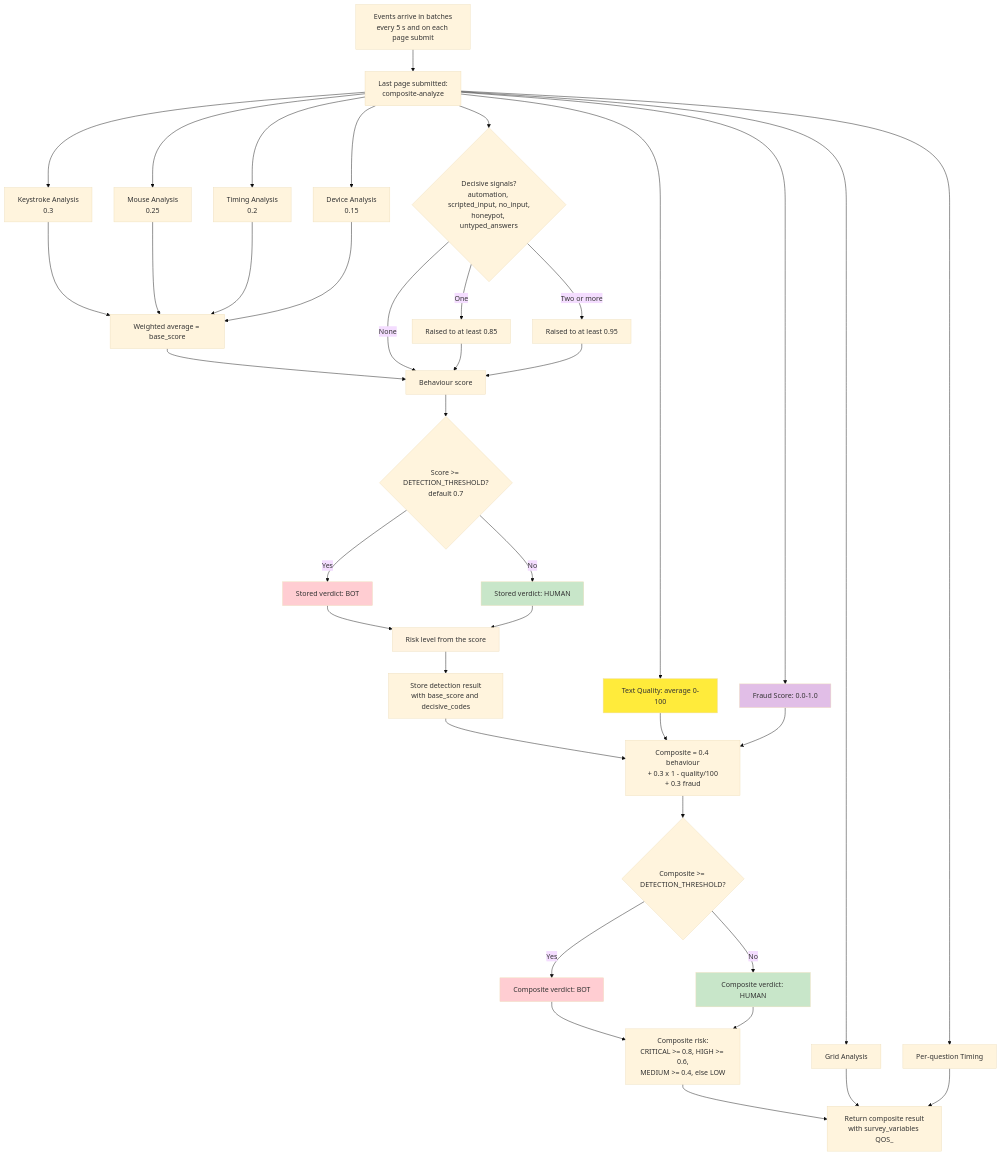
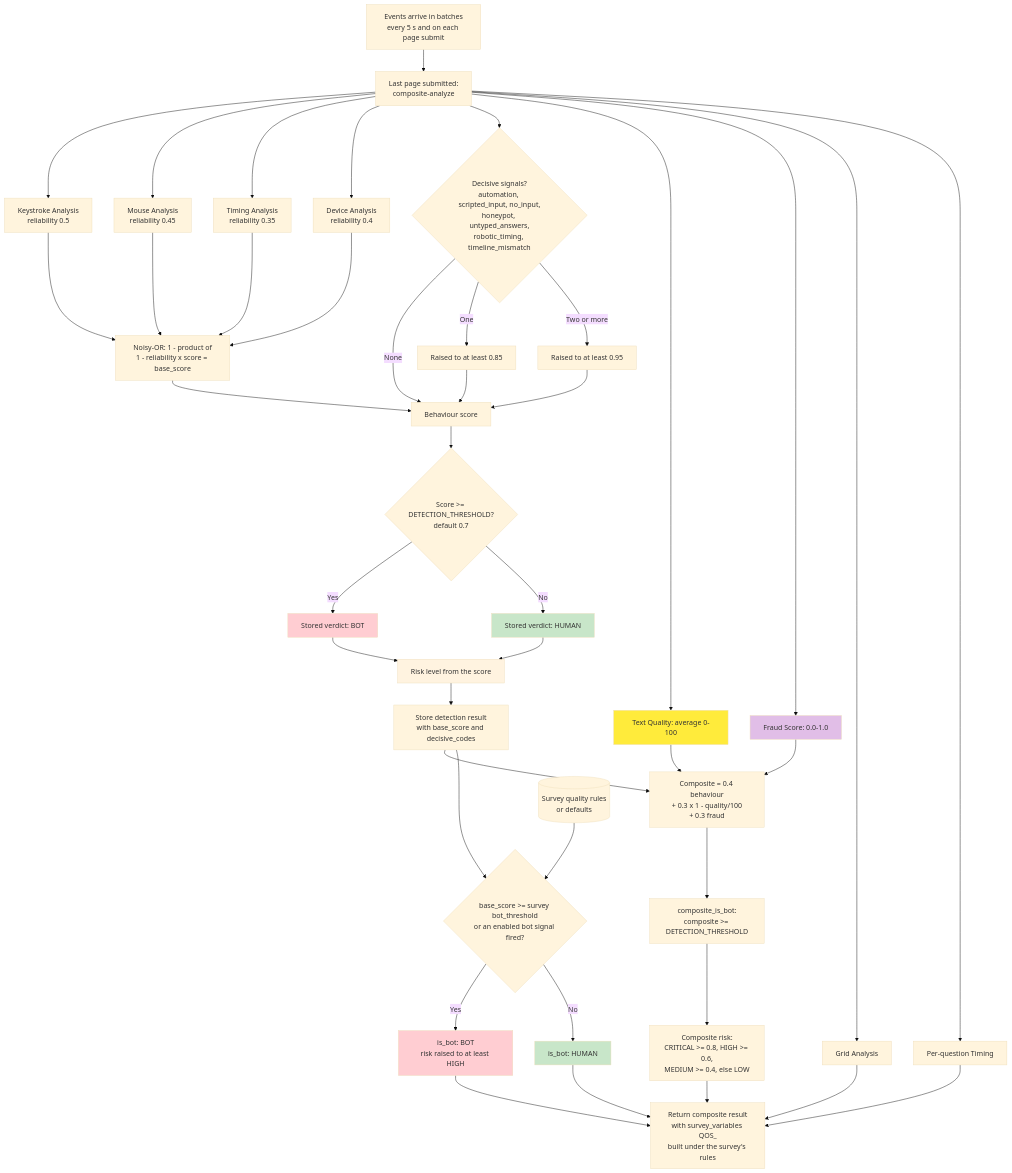
One commit to halderavik/bot_detection_live changed the sixth of 15 diagrams in bot_detection_flow.md. Above: the diagram before and after it, drawn with Mermaid (base theme). The commit also changed other lines of this file and 34 other files, not shown here.

````diff
--- a/bot_detection_flow.md
+++ b/bot_detection_flow.md
@@ -558,56 +588,59 @@
 ```mermaid
 graph TD
     A[Events arrive in batches<br/>every 5 s and on each page submit] --> D[Last page submitted:<br/>composite-analyze]
     
-    D --> E[Keystroke Analysis<br/>0.3]
-    D --> F[Mouse Analysis<br/>0.25]
-    D --> G[Timing Analysis<br/>0.2]
-    D --> H[Device Analysis<br/>0.15]
-    D --> DS{Decisive signals?<br/>automation, scripted_input, no_input,<br/>honeypot, untyped_answers}
+    D --> E[Keystroke Analysis<br/>reliability 0.5]
+    D --> F[Mouse Analysis<br/>reliability 0.45]
+    D --> G[Timing Analysis<br/>reliability 0.35]
+    D --> H[Device Analysis<br/>reliability 0.4]
+    D --> DS{Decisive signals?<br/>automation, scripted_input, no_input,<br/>honeypot, untyped_answers,<br/>robotic_timing, timeline_mismatch}
     
-    E --> B1[Weighted average = base_score]
+    E --> B1[Noisy-OR: 1 - product of<br/>1 - reliability x score = base_score]
     F --> B1
     G --> B1
     H --> B1
     
     B1 --> B2[Behaviour score]
     DS -->|None| B2
     DS -->|One| B3[Raised to at least 0.85]
     DS -->|Two or more| B4[Raised to at least 0.95]
     B3 --> B2
     B4 --> B2
     
     B2 --> U{Score >= DETECTION_THRESHOLD?<br/>default 0.7}
     U -->|Yes| V[Stored verdict: BOT]
     U -->|No| W[Stored verdict: HUMAN]
     V --> X[Risk level from the score]
     W --> X
     X --> X1[Store detection result<br/>with base_score and decisive_codes]
     
     D --> J[Text Quality: average 0-100]
     D --> K[Fraud Score: 0.0-1.0]
     D --> L1[Grid Analysis]
     D --> L2[Per-question Timing]
     
     X1 --> S[Composite = 0.4 behaviour<br/>+ 0.3 x 1 - quality/100<br/>+ 0.3 fraud]
     J --> S
     K --> S
     
-    S --> S1{Composite >= DETECTION_THRESHOLD?}
-    S1 -->|Yes| S2[Composite verdict: BOT]
-    S1 -->|No| S3[Composite verdict: HUMAN]
-    S2 --> S4[Composite risk:<br/>CRITICAL >= 0.8, HIGH >= 0.6,<br/>MEDIUM >= 0.4, else LOW]
-    S3 --> S4
+    S --> S1[composite_is_bot:<br/>composite >= DETECTION_THRESHOLD]
+    S1 --> S4[Composite risk:<br/>CRITICAL >= 0.8, HIGH >= 0.6,<br/>MEDIUM >= 0.4, else LOW]
     
-    S4 --> Y[Return composite result<br/>with survey_variables QOS_]
+    RU[(Survey quality rules<br/>or defaults)] --> SV
+    X1 --> SV{base_score >= survey bot_threshold<br/>or an enabled bot signal fired?}
+    SV -->|Yes| S2[is_bot: BOT<br/>risk raised to at least HIGH]
+    SV -->|No| S3[is_bot: HUMAN]
+    S4 --> Y
+    S2 --> Y[Return composite result<br/>with survey_variables QOS_<br/>built under the survey's rules]
+    S3 --> Y
     L1 --> Y
     L2 --> Y
     
     style V fill:#ffcdd2
     style W fill:#c8e6c9
     style S2 fill:#ffcdd2
     style S3 fill:#c8e6c9
     style X fill:#fff3e0
     style J fill:#ffeb3b
     style K fill:#e1bee7
 ```
````
